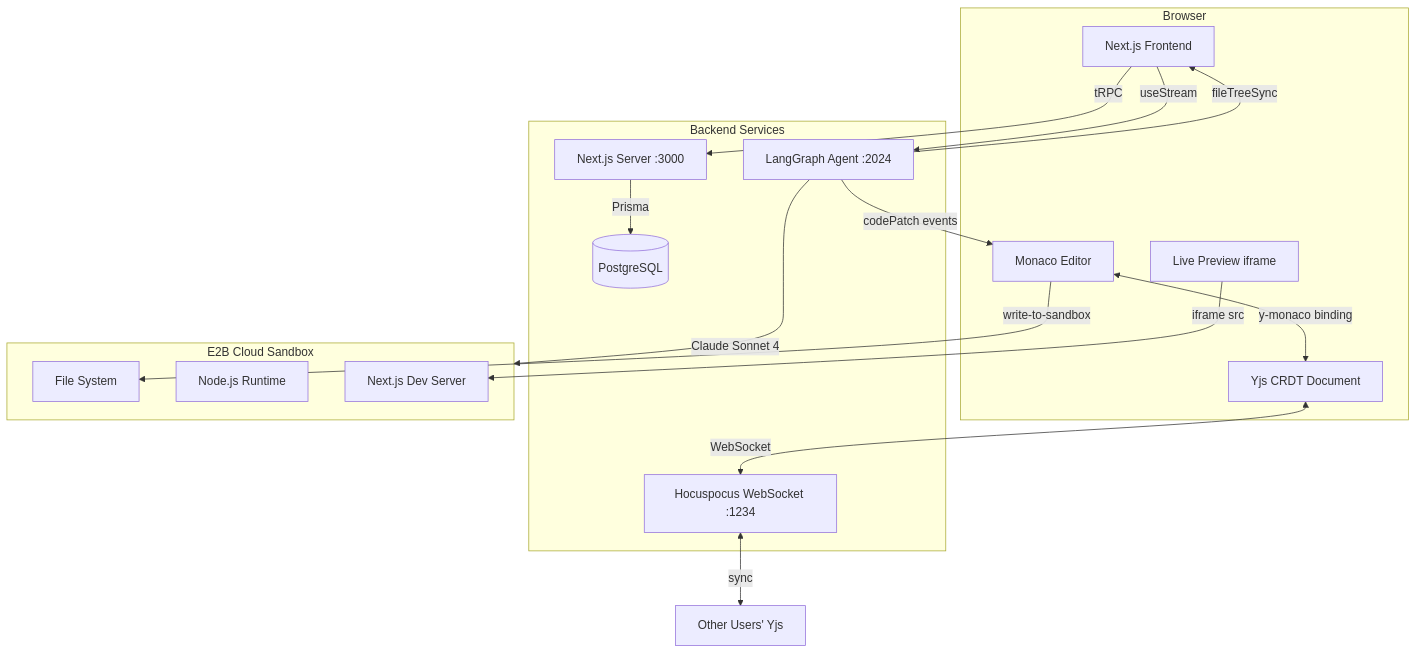
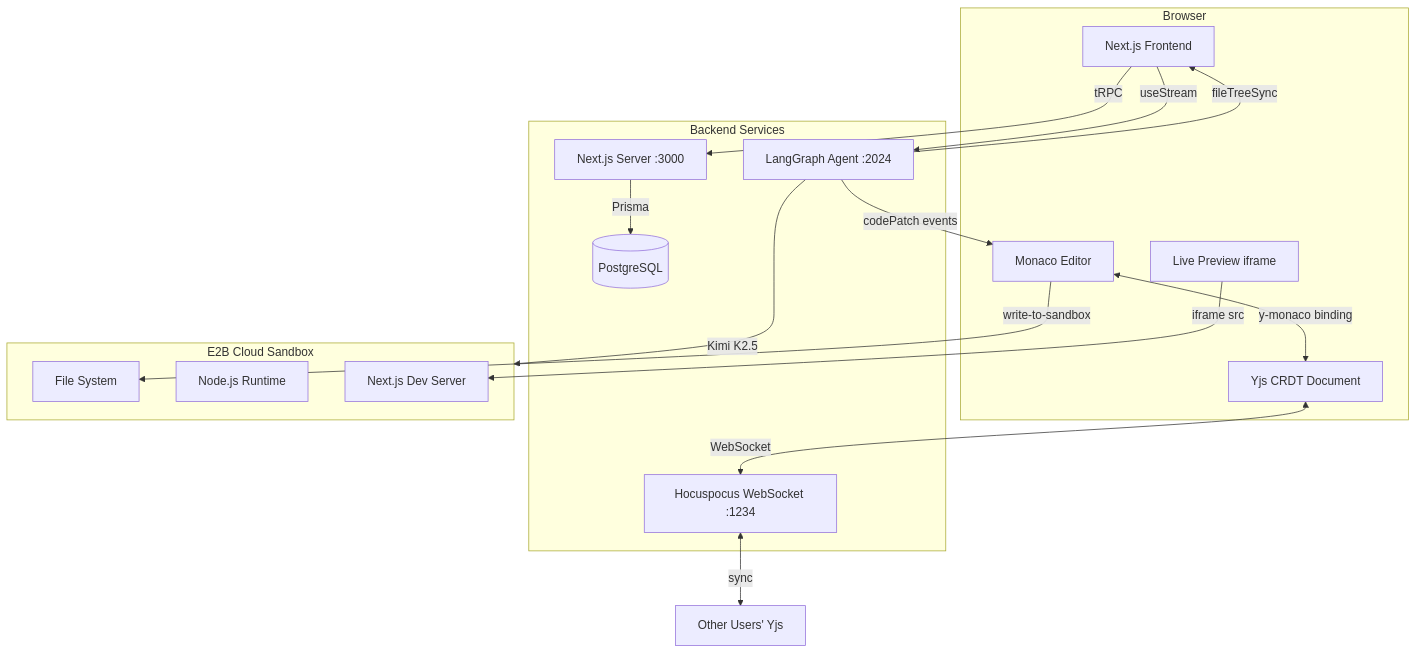
Before and after one commit to kaifcoder/codevibe: the first of 4 diagrams in README.md, drawn with Mermaid. The commit also changed other lines of this file and 23 other files, not shown here.

````diff
--- a/README.md
+++ b/README.md
@@ -44,34 +44,34 @@
 ```mermaid
 graph TB
     subgraph Client["Browser"]
         UI[Next.js Frontend]
         Monaco[Monaco Editor]
         Preview[Live Preview iframe]
         Yjs[Yjs CRDT Document]
     end
 
     subgraph Servers["Backend Services"]
         Next[Next.js Server :3000]
         Agent[LangGraph Agent :2024]
         WS[Hocuspocus WebSocket :1234]
         DB[(PostgreSQL)]
     end
 
     subgraph Sandbox["E2B Cloud Sandbox"]
         FS[File System]
         Runtime[Node.js Runtime]
         DevServer[Next.js Dev Server]
     end
 
     UI -->|useStream| Agent
-    Agent -->|Claude Sonnet 4| Sandbox
+    Agent -->|Kimi K2.5| Sandbox
     Agent -->|codePatch events| Monaco
     Agent -->|fileTreeSync| UI
     Monaco <-->|y-monaco binding| Yjs
     Yjs <-->|WebSocket| WS
     WS <-->|sync| Yjs2[Other Users' Yjs]
     UI -->|tRPC| Next
     Next -->|Prisma| DB
     Preview -->|iframe src| DevServer
     Monaco -->|write-to-sandbox| FS
 ```
````
